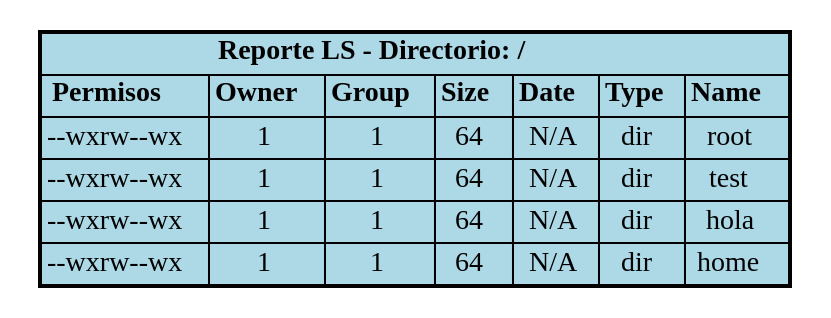
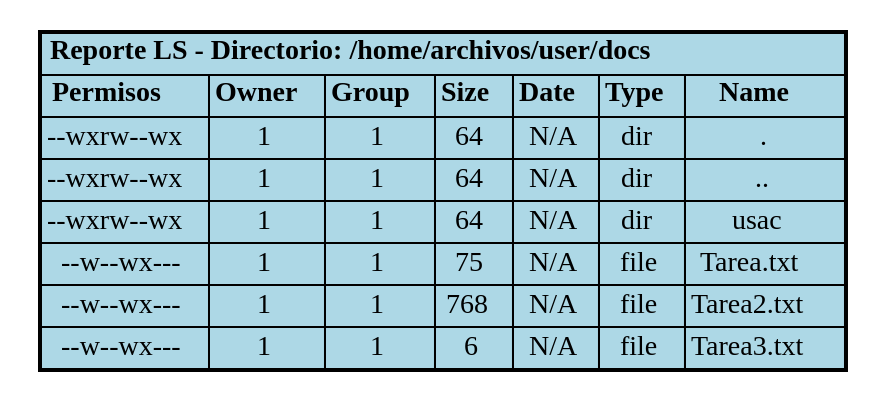
One commit to DiegVas/MIA_2S2025_P1_202300638 changed the diagram in backend/provider/reports/src/ls_381A.dot. Above: the diagram before and after it, drawn with Graphviz. The commit also changed 6 other files, not shown here.

```diff
--- a/backend/provider/reports/src/ls_381A.dot
+++ b/backend/provider/reports/src/ls_381A.dot
@@ -1,53 +1,71 @@
 digraph LS_Report {
     rankdir=TB;
     node [shape=plaintext];
     edge [style=invisible];
     title [label=<<TABLE BORDER="1" CELLBORDER="1" CELLSPACING="0" BGCOLOR="lightblue">
-        <TR><TD COLSPAN="7"><B>Reporte LS - Directorio: /</B></TD></TR>
+        <TR><TD COLSPAN="7"><B>Reporte LS - Directorio: /home/archivos/user/docs</B></TD></TR>
         <TR>
             <TD><B>Permisos</B></TD>
             <TD><B>Owner</B></TD>
             <TD><B>Group</B></TD>
             <TD><B>Size</B></TD>
             <TD><B>Date</B></TD>
             <TD><B>Type</B></TD>
             <TD><B>Name</B></TD>
         </TR>
         <TR>
             <TD>--wxrw--wx</TD>
             <TD>1</TD>
             <TD>1</TD>
             <TD>64</TD>
             <TD>N/A</TD>
             <TD>dir</TD>
-            <TD>root</TD>
+            <TD>.</TD>
         </TR>
         <TR>
             <TD>--wxrw--wx</TD>
             <TD>1</TD>
             <TD>1</TD>
             <TD>64</TD>
             <TD>N/A</TD>
             <TD>dir</TD>
-            <TD>test</TD>
+            <TD>..</TD>
         </TR>
         <TR>
             <TD>--wxrw--wx</TD>
             <TD>1</TD>
             <TD>1</TD>
             <TD>64</TD>
             <TD>N/A</TD>
             <TD>dir</TD>
-            <TD>hola</TD>
+            <TD>usac</TD>
         </TR>
         <TR>
-            <TD>--wxrw--wx</TD>
+            <TD>--w--wx---</TD>
             <TD>1</TD>
             <TD>1</TD>
-            <TD>64</TD>
+            <TD>75</TD>
             <TD>N/A</TD>
-            <TD>dir</TD>
-            <TD>home</TD>
+            <TD>file</TD>
+            <TD>Tarea.txt</TD>
+        </TR>
+        <TR>
+            <TD>--w--wx---</TD>
+            <TD>1</TD>
+            <TD>1</TD>
+            <TD>768</TD>
+            <TD>N/A</TD>
+            <TD>file</TD>
+            <TD>Tarea2.txt</TD>
+        </TR>
+        <TR>
+            <TD>--w--wx---</TD>
+            <TD>1</TD>
+            <TD>1</TD>
+            <TD>6</TD>
+            <TD>N/A</TD>
+            <TD>file</TD>
+            <TD>Tarea3.txt</TD>
         </TR>
     </TABLE>>];
 }
```
